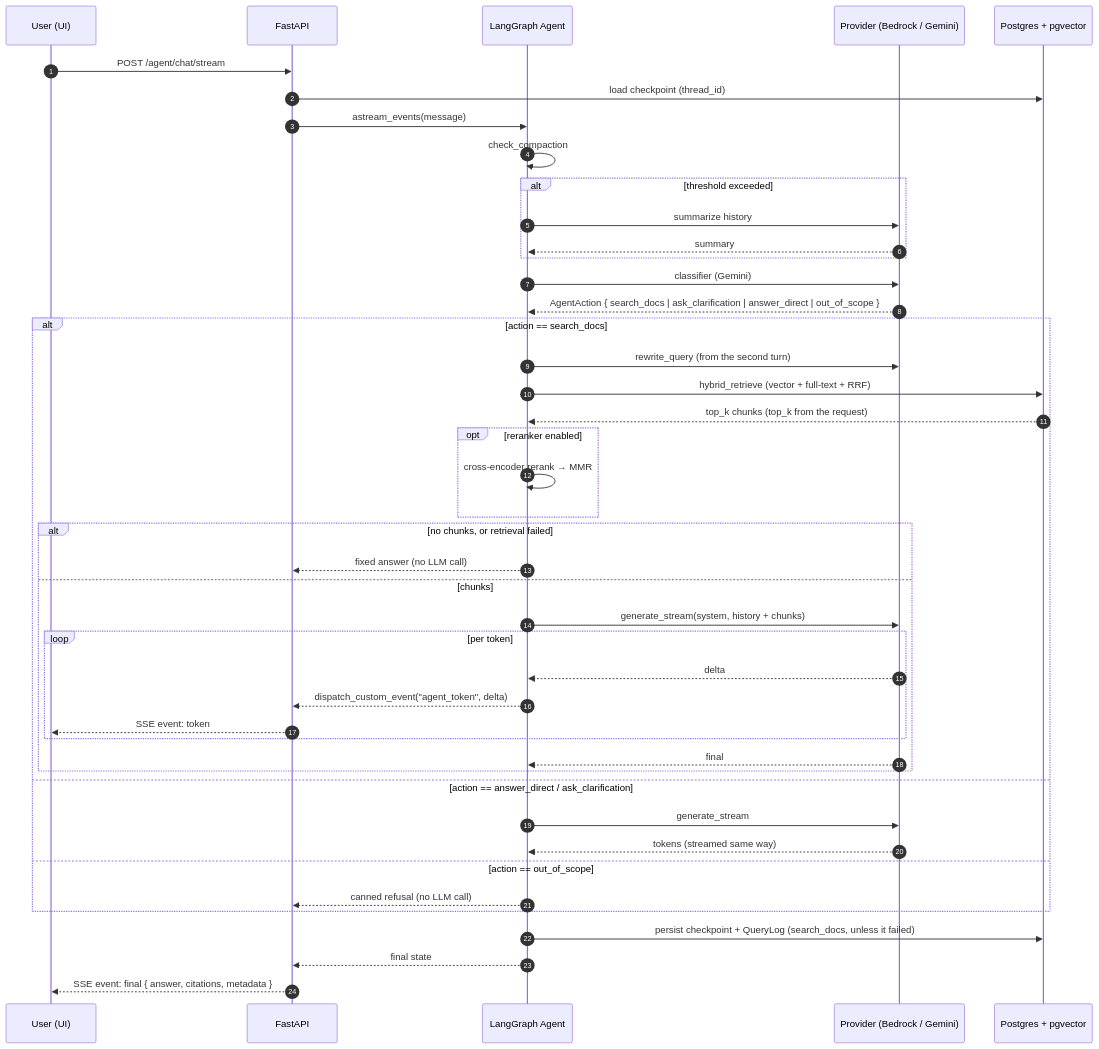
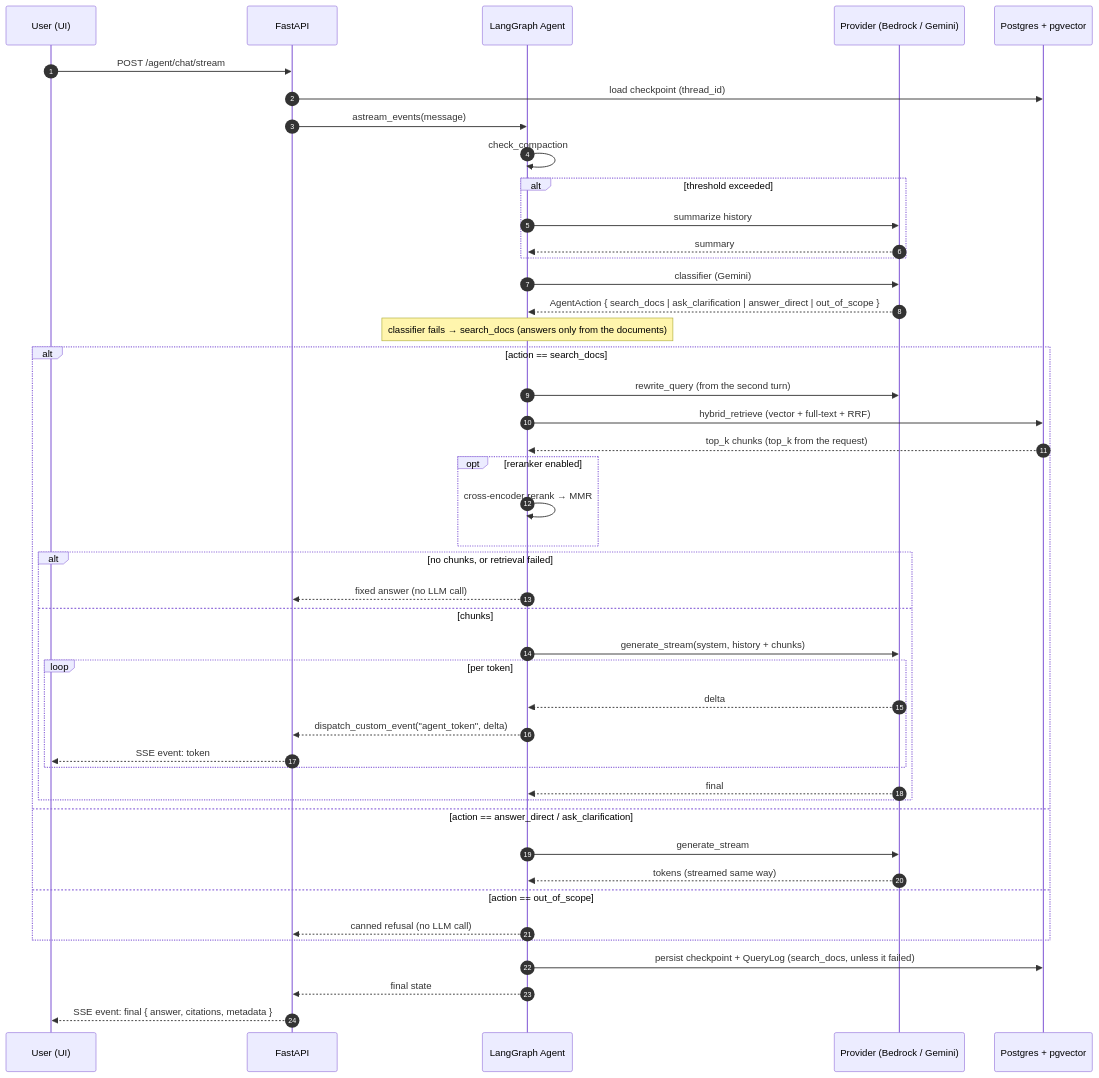
The second of 4 diagrams in ARCHITECTURE.md (FrancoCazal/WhisperDocs), drawn with Mermaid before and after one commit. The commit also changed 3 other files, not shown here.

First line of the commit message:
fix(agent): a classifier outage answers from the documents, not with a request for details

````diff
--- a/ARCHITECTURE.md
+++ b/ARCHITECTURE.md
@@ -101,47 +101,48 @@
 ```mermaid
 sequenceDiagram
   autonumber
   participant U as User (UI)
   participant API as FastAPI
   participant G as LangGraph Agent
   participant LLM as Provider (Bedrock / Gemini)
   participant DB as Postgres + pgvector
 
   U->>API: POST /agent/chat/stream
   API->>DB: load checkpoint (thread_id)
   API->>G: astream_events(message)
   G->>G: check_compaction
   alt threshold exceeded
     G->>LLM: summarize history
     LLM-->>G: summary
   end
   G->>LLM: classifier (Gemini)
   LLM-->>G: AgentAction { search_docs | ask_clarification | answer_direct | out_of_scope }
+  Note over G: classifier fails → search_docs (answers only from the documents)
   alt action == search_docs
     G->>LLM: rewrite_query (from the second turn)
     G->>DB: hybrid_retrieve (vector + full-text + RRF)
     DB-->>G: top_k chunks (top_k from the request)
     opt reranker enabled
       G->>G: cross-encoder rerank → MMR
     end
     alt no chunks, or retrieval failed
       G-->>API: fixed answer (no LLM call)
     else chunks
       G->>LLM: generate_stream(system, history + chunks)
       loop per token
         LLM-->>G: delta
         G-->>API: dispatch_custom_event("agent_token", delta)
         API-->>U: SSE event: token
       end
       LLM-->>G: final
     end
   else action == answer_direct / ask_clarification
     G->>LLM: generate_stream
     LLM-->>G: tokens (streamed same way)
   else action == out_of_scope
     G-->>API: canned refusal (no LLM call)
   end
   G->>DB: persist checkpoint + QueryLog (search_docs, unless it failed)
   G-->>API: final state
   API-->>U: SSE event: final { answer, citations, metadata }
 ```
````
